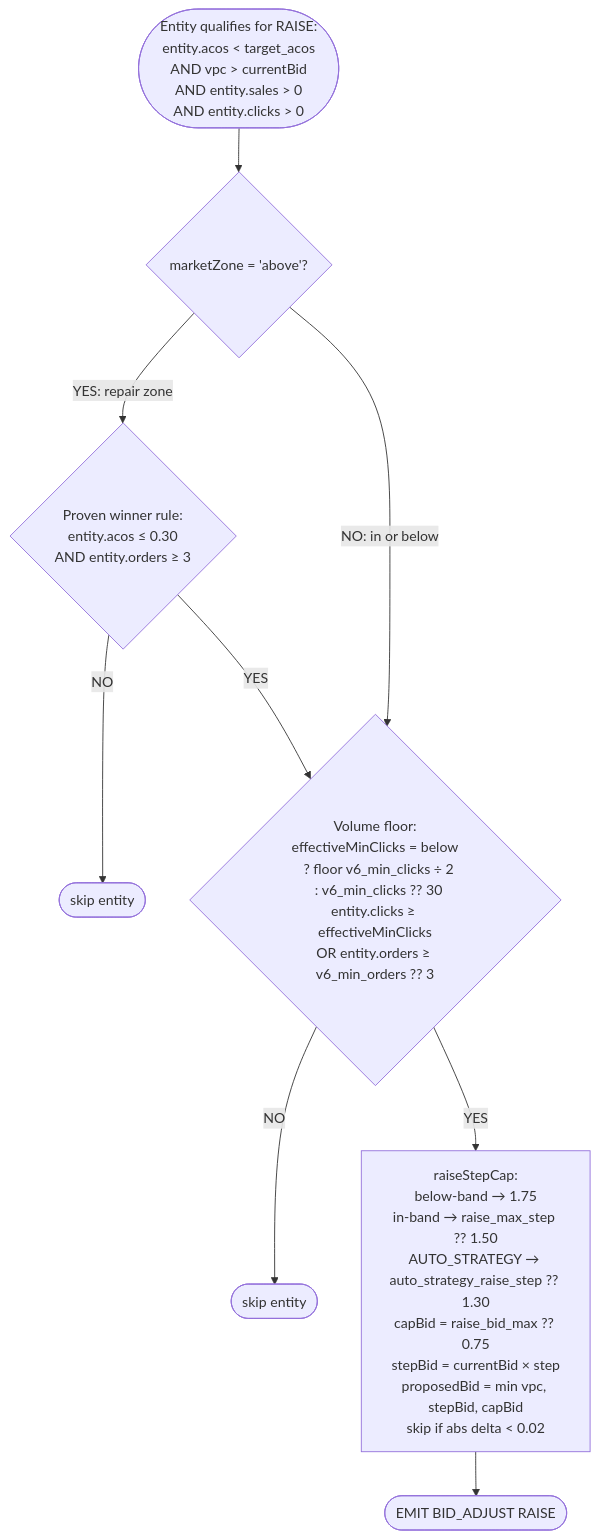
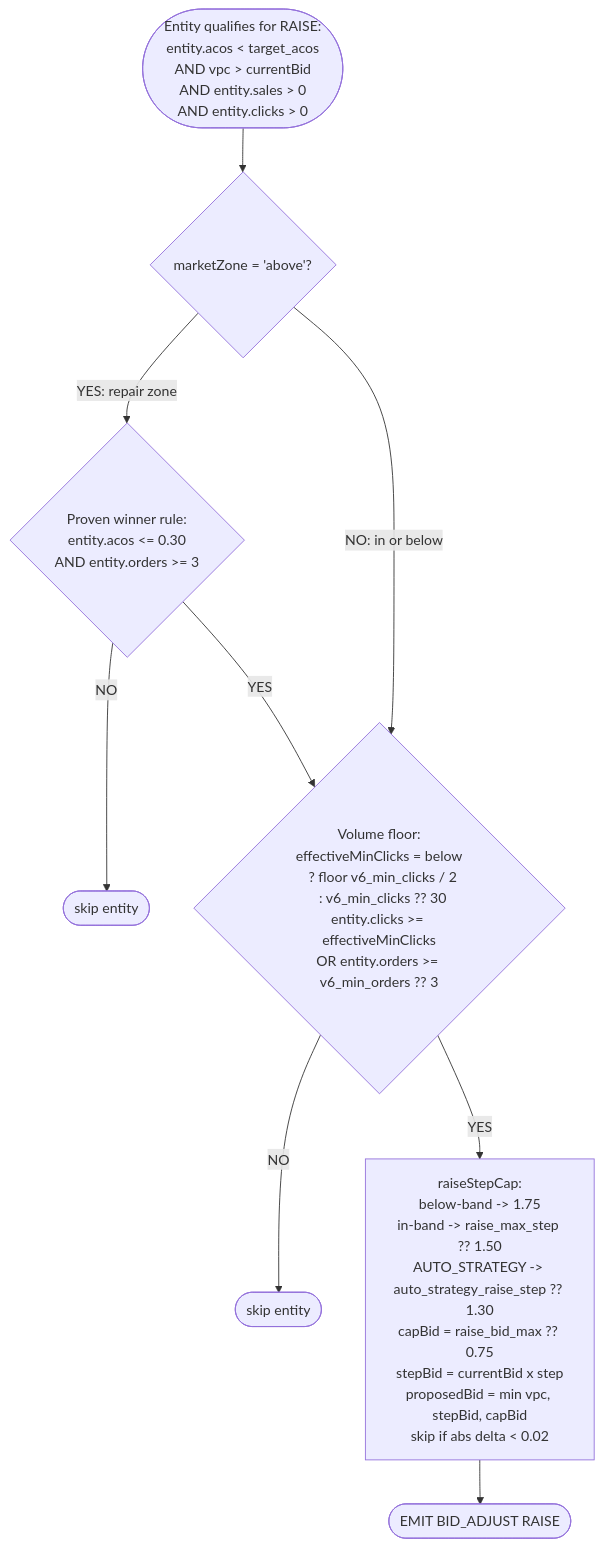
One commit to ChristianHultner/cdl-ads changed the fourth of 9 diagrams in docs/doctrine.md. Above: the diagram before and after it, drawn with Mermaid. The commit also changed other lines of this file and 1 other file, not shown here.

Commit message:
engine page: mermaid label repair + doctrine date

````diff
--- a/docs/doctrine.md
+++ b/docs/doctrine.md
@@ -123,14 +125,14 @@
 ```mermaid
 flowchart TD
     A([Entity qualifies for RAISE:\nentity.acos < target_acos\nAND vpc > currentBid\nAND entity.sales > 0\nAND entity.clicks > 0]) --> B{marketZone = 'above'?}
 
-    B -- YES: repair zone --> C{Proven winner rule:\nentity.acos ≤ 0.30\nAND entity.orders ≥ 3}
+    B -- YES: repair zone --> C{Proven winner rule:\nentity.acos <= 0.30\nAND entity.orders >= 3}
     C -- NO --> SKIPA([skip entity])
     C -- YES --> VOLCHK
 
-    B -- NO: in or below --> VOLCHK{Volume floor:\neffectiveMinClicks = below\n  ? floor v6_min_clicks ÷ 2\n  : v6_min_clicks ?? 30\nentity.clicks ≥ effectiveMinClicks\nOR entity.orders ≥ v6_min_orders ?? 3}
+    B -- NO: in or below --> VOLCHK{Volume floor:\neffectiveMinClicks = below\n  ? floor v6_min_clicks / 2\n  : v6_min_clicks ?? 30\nentity.clicks >= effectiveMinClicks\nOR entity.orders >= v6_min_orders ?? 3}
 
     VOLCHK -- NO --> SKIPV([skip entity])
-    VOLCHK -- YES --> F[raiseStepCap:\nbelow-band → 1.75\nin-band → raise_max_step ?? 1.50\nAUTO_STRATEGY → auto_strategy_raise_step ?? 1.30\ncapBid = raise_bid_max ?? 0.75\nstepBid = currentBid × step\nproposedBid = min vpc, stepBid, capBid\nskip if abs delta < 0.02]
+    VOLCHK -- YES --> F[raiseStepCap:\nbelow-band -> 1.75\nin-band -> raise_max_step ?? 1.50\nAUTO_STRATEGY -> auto_strategy_raise_step ?? 1.30\ncapBid = raise_bid_max ?? 0.75\nstepBid = currentBid x step\nproposedBid = min vpc, stepBid, capBid\nskip if abs delta < 0.02]
     F --> EMITRAISE([EMIT BID_ADJUST RAISE])
 ```
````
